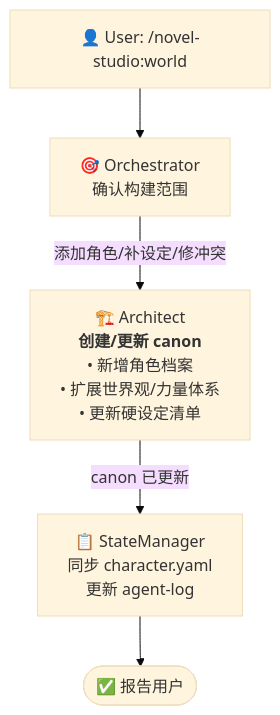
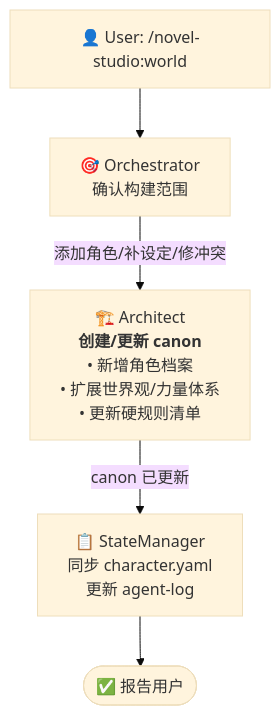
One commit to deathwhispers/novel-studio changed the fourth of 7 diagrams in workflows/pipeline.md. Above: the diagram before and after it, drawn with Mermaid (base theme). The commit also changed other lines of this file and 19 other files, not shown here.

````diff
--- a/workflows/pipeline.md
+++ b/workflows/pipeline.md
@@ -107,13 +107,13 @@
 ```mermaid
 flowchart TD
     User["👤 User: /novel-studio:world"]
     Orchestrator["🎯 Orchestrator<br/>确认构建范围"]
-    Architect["🏗️ Architect<br/><b>创建/更新 canon</b><br/>• 新增角色档案<br/>• 扩展世界观/力量体系<br/>• 更新硬设定清单"]
+    Architect["🏗️ Architect<br/><b>创建/更新 canon</b><br/>• 新增角色档案<br/>• 扩展世界观/力量体系<br/>• 更新硬规则清单"]
     StateManager["📋 StateManager<br/>同步 character.yaml<br/>更新 agent-log"]
     Done(["✅ 报告用户"])
 
     User --> Orchestrator
     Orchestrator -->|"添加角色/补设定/修冲突"| Architect
     Architect -->|"canon 已更新"| StateManager
     StateManager --> Done
 ```
````
